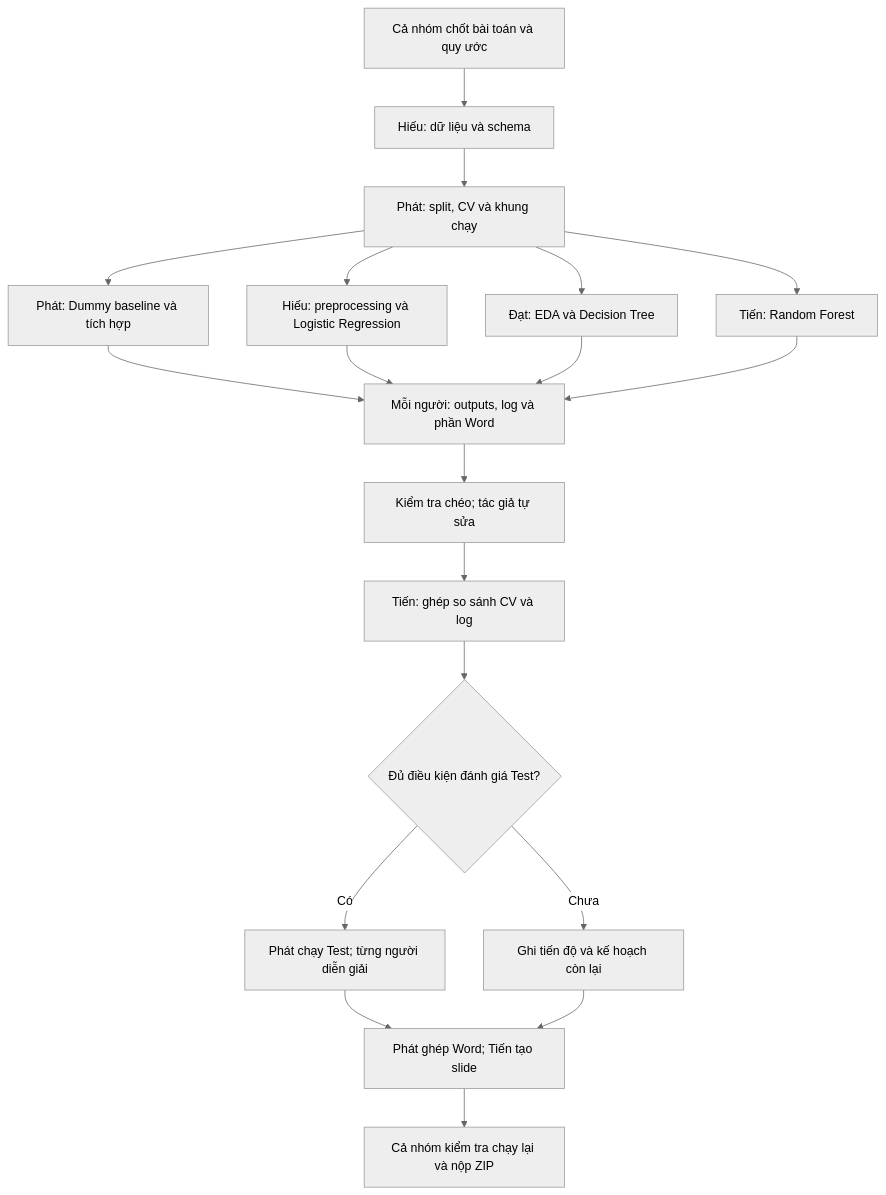
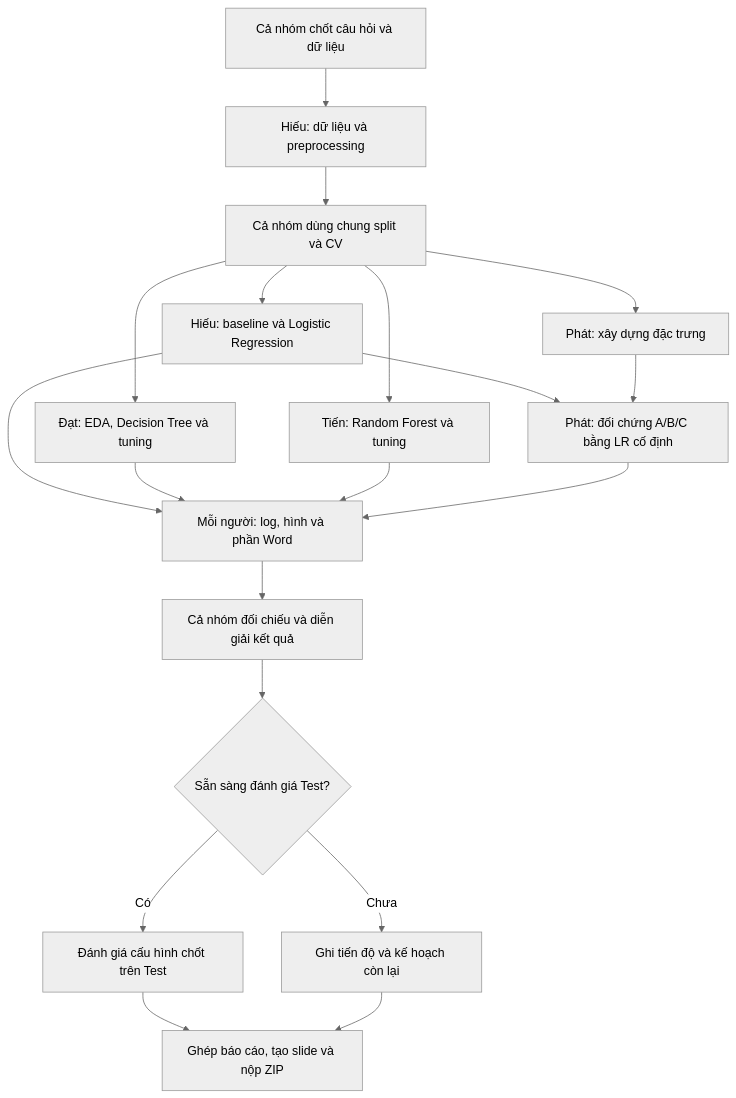
One commit to Kazuken123/DCT124C1-MH-Nhom changed the diagram in FinalExam/README.md. Above: the diagram before and after it, drawn with Mermaid (neutral theme). The commit also changed other lines of this file, not shown here.

````diff
--- a/FinalExam/README.md
+++ b/FinalExam/README.md
@@ -38,21 +54,21 @@
 ```mermaid
 flowchart TB
-    A["Cả nhóm chốt bài toán và quy ước"] --> B["Hiếu: dữ liệu và schema"]
-    B --> C["Phát: split, CV và khung chạy"]
-    C --> P["Phát: Dummy baseline và tích hợp"]
-    C --> H["Hiếu: preprocessing và Logistic Regression"]
-    C --> D["Đạt: EDA và Decision Tree"]
-    C --> T["Tiến: Random Forest"]
-    P --> R["Mỗi người: outputs, log và phần Word"]
-    H --> R
+    A["Cả nhóm chốt câu hỏi và dữ liệu"] --> B["Hiếu: dữ liệu và preprocessing"]
+    B --> C["Cả nhóm dùng chung split và CV"]
+    C --> H["Hiếu: baseline và Logistic Regression"]
+    C --> D["Đạt: EDA, Decision Tree và tuning"]
+    C --> T["Tiến: Random Forest và tuning"]
+    C --> P["Phát: xây dựng đặc trưng"]
+    H --> F["Phát: đối chứng A/B/C bằng LR cố định"]
+    P --> F
+    H --> R["Mỗi người: log, hình và phần Word"]
     D --> R
     T --> R
-    R --> V["Kiểm tra chéo; tác giả tự sửa"]
-    V --> S["Tiến: ghép so sánh CV và log"]
-    S --> Q{"Đủ điều kiện đánh giá Test?"}
-    Q -->|Có| X["Phát chạy Test; từng người diễn giải"]
+    F --> R
+    R --> S["Cả nhóm đối chiếu và diễn giải kết quả"]
+    S --> Q{"Sẵn sàng đánh giá Test?"}
+    Q -->|Có| X["Đánh giá cấu hình chốt trên Test"]
     Q -->|Chưa| N["Ghi tiến độ và kế hoạch còn lại"]
-    X --> W["Phát ghép Word; Tiến tạo slide"]
+    X --> W["Ghép báo cáo, tạo slide và nộp ZIP"]
     N --> W
-    W --> Z["Cả nhóm kiểm tra chạy lại và nộp ZIP"]
 ```
````
